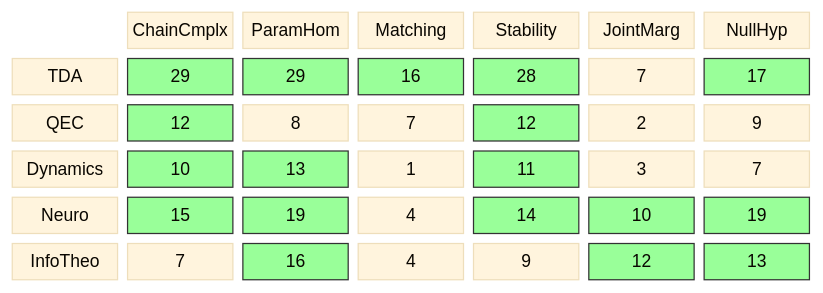
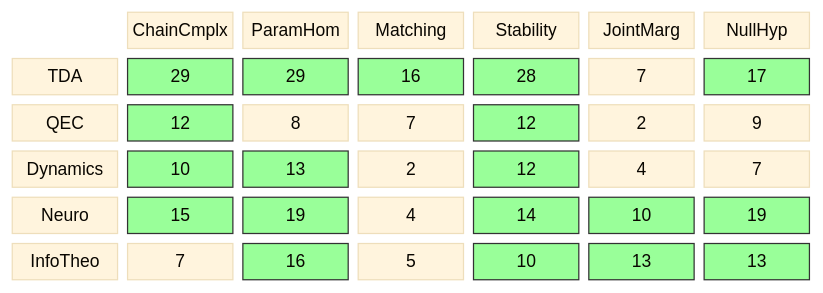
The diagram in diagrams/coverage-matrix.md (musicofhel/topoyolo), drawn with Mermaid before and after one commit. The commit also changed other lines of this file and 7 other files, not shown here.

````diff
--- a/diagrams/coverage-matrix.md
+++ b/diagrams/coverage-matrix.md
@@ -21,31 +21,32 @@
 ```mermaid
 %%{init: {'theme': 'base', 'themeVariables': {'fontSize': '14px'}}}%%
 block-beta
   columns 7
 
   space:1 CC["ChainCmplx"] PH["ParamHom"] MA["Matching"] ST["Stability"] JM["JointMarg"] NH["NullHyp"]
 
   TDA["TDA"] TDA_CC["29"] TDA_PH["29"] TDA_MA["16"] TDA_ST["28"] TDA_JM["7"] TDA_NH["17"]
   QEC["QEC"] QEC_CC["12"] QEC_PH["8"] QEC_MA["7"] QEC_ST["12"] QEC_JM["2"] QEC_NH["9"]
-  DYN["Dynamics"] DYN_CC["10"] DYN_PH["13"] DYN_MA["1"] DYN_ST["11"] DYN_JM["3"] DYN_NH["7"]
+  DYN["Dynamics"] DYN_CC["10"] DYN_PH["13"] DYN_MA["2"] DYN_ST["12"] DYN_JM["4"] DYN_NH["7"]
   NEU["Neuro"] NEU_CC["15"] NEU_PH["19"] NEU_MA["4"] NEU_ST["14"] NEU_JM["10"] NEU_NH["19"]
-  IT["InfoTheo"] IT_CC["7"] IT_PH["16"] IT_MA["4"] IT_ST["9"] IT_JM["12"] IT_NH["13"]
+  IT["InfoTheo"] IT_CC["7"] IT_PH["16"] IT_MA["5"] IT_ST["10"] IT_JM["13"] IT_NH["13"]
   style TDA_CC fill:#9f9,stroke:#333
   style TDA_PH fill:#9f9,stroke:#333
   style TDA_MA fill:#9f9,stroke:#333
   style TDA_ST fill:#9f9,stroke:#333
   style TDA_NH fill:#9f9,stroke:#333
   style QEC_CC fill:#9f9,stroke:#333
   style QEC_ST fill:#9f9,stroke:#333
   style DYN_CC fill:#9f9,stroke:#333
   style DYN_PH fill:#9f9,stroke:#333
   style DYN_ST fill:#9f9,stroke:#333
   style NEU_CC fill:#9f9,stroke:#333
   style NEU_PH fill:#9f9,stroke:#333
   style NEU_ST fill:#9f9,stroke:#333
   style NEU_JM fill:#9f9,stroke:#333
   style NEU_NH fill:#9f9,stroke:#333
   style IT_PH fill:#9f9,stroke:#333
+  style IT_ST fill:#9f9,stroke:#333
   style IT_JM fill:#9f9,stroke:#333
   style IT_NH fill:#9f9,stroke:#333
 ```
````
